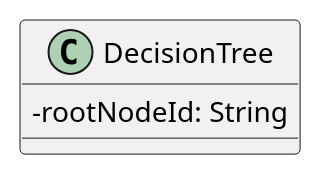
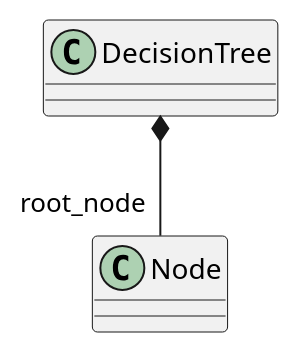
The diagram in src/PB/DocumentazioneEsterna/Specifica_Tecnica/content/uml/puml/Dominio/DecisionTree.puml (GroupRubberDuck/Documentazione), drawn with PlantUML before and after one commit. The commit also changed 10 other files, not shown here.

```diff
--- a/src/PB/DocumentazioneEsterna/Specifica_Tecnica/content/uml/puml/Dominio/DecisionTree.puml
+++ b/src/PB/DocumentazioneEsterna/Specifica_Tecnica/content/uml/puml/Dominio/DecisionTree.puml
@@ -1,9 +1,10 @@
 @startuml DecisionTree
 skinparam linetype ortho
 skinparam classAttributeIconSize 0
 
 class DecisionTree {
-    - rootNodeId: String
+    ' - rootNodeId: String
 }
+DecisionTree *-- "root_node" Node
 
 @enduml
```
